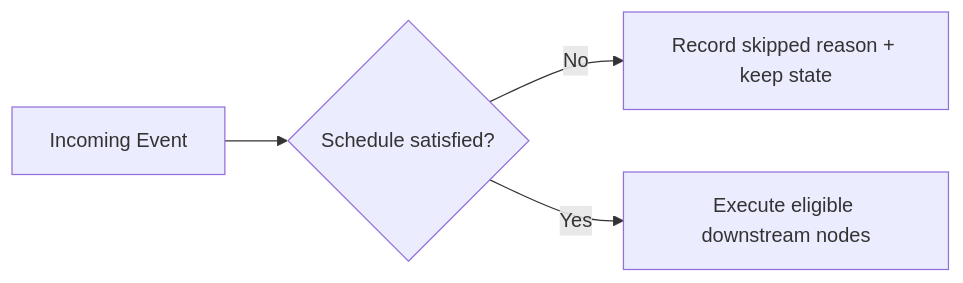
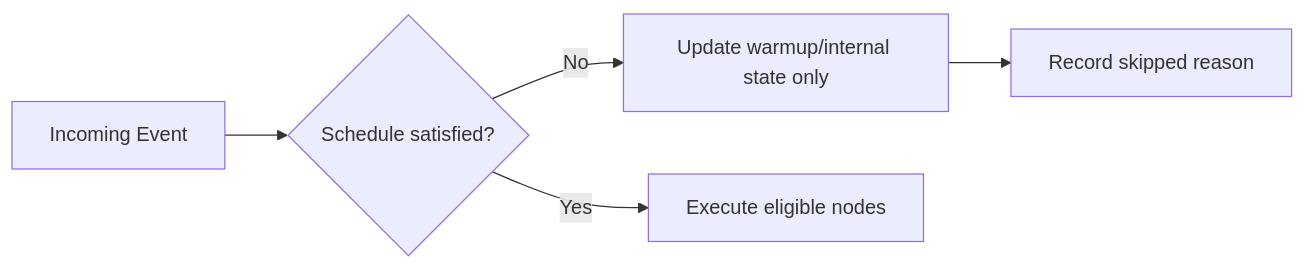
The fourth of 5 diagrams in docs/coreza-trading-os-architecture-rfc.md (Coreza-io/coreza), drawn with Mermaid before and after one commit. The commit also changed other lines of this file and 62 other files, not shown here.

````diff
--- a/docs/coreza-trading-os-architecture-rfc.md
+++ b/docs/coreza-trading-os-architecture-rfc.md
@@ -177,6 +320,7 @@
 ```mermaid
 flowchart LR
   EV[Incoming Event] --> G{Schedule satisfied?}
-  G -- No --> H[Record skipped reason + keep state]
-  G -- Yes --> I[Execute eligible downstream nodes]
+  G -- No --> U[Update warmup/internal state only]
+  U --> S[Record skipped reason]
+  G -- Yes --> X[Execute eligible nodes]
 ```
````
